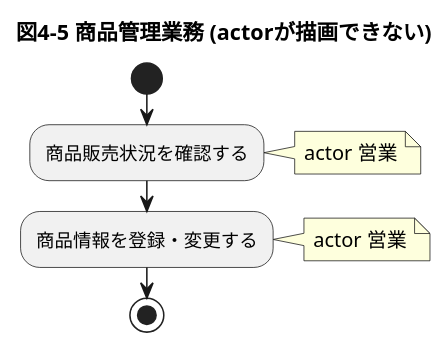
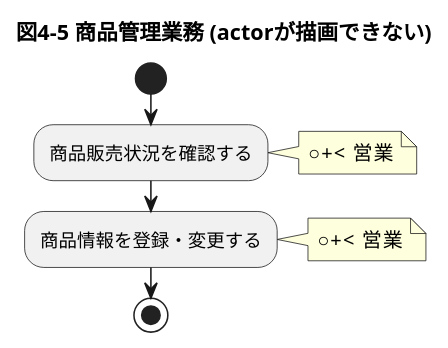
Before and after one commit to eyasuyuki/rdra-example: the diagram in chap04/4-05.puml, drawn with PlantUML. The commit also changed 4 other files, not shown here.

```diff
--- a/chap04/4-05.puml
+++ b/chap04/4-05.puml
@@ -1,9 +1,9 @@
 @startuml
 title 図4-5 商品管理業務 (actorが描画できない)
 start
 :商品販売状況を確認する;
-note right: actor 営業
+note right: ○+< 営業
 :商品情報を登録・変更する;
-note right: actor 営業
+note right: ○+< 営業
 stop
 @enduml
```
